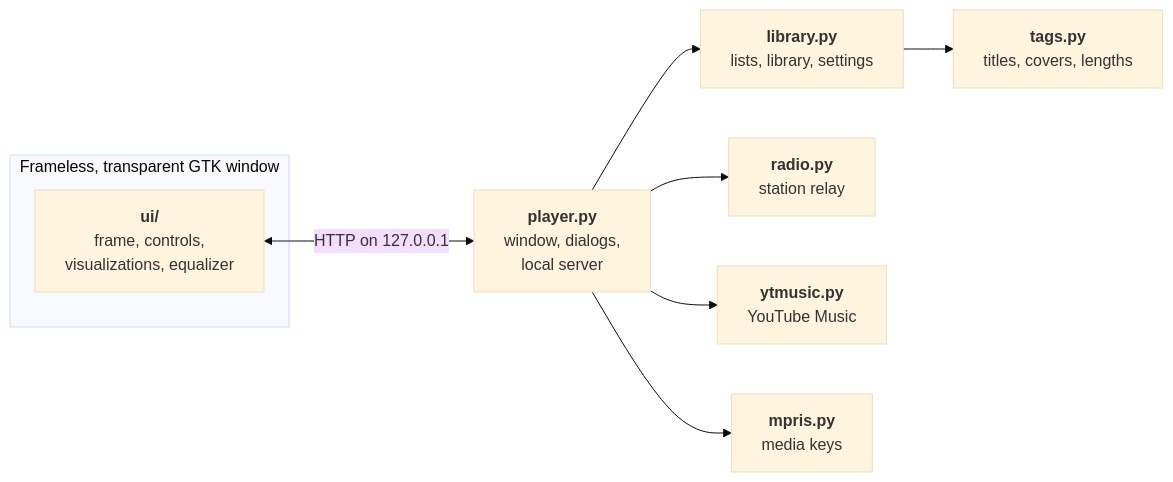
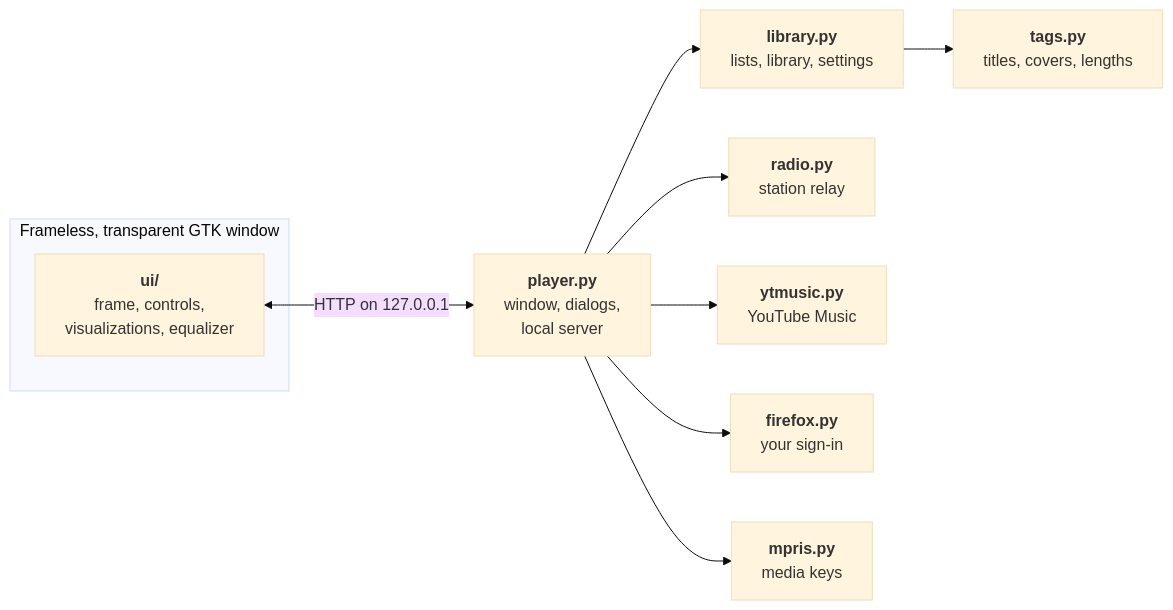
Before and after one commit to NahuelGenchi/ocean-mist: the first of 2 diagrams in README.md, drawn with Mermaid (base theme). The commit also changed other lines of this file and 7 other files, not shown here.

First line of the commit message:
feat: sign in to YouTube Music through Firefox (#14)

````diff
--- a/README.md
+++ b/README.md
@@ -216,17 +244,19 @@
 ```mermaid
 flowchart LR
     subgraph window["Frameless, transparent GTK window"]
         page["<b>ui/</b><br/>frame, controls,<br/>visualizations, equalizer"]
     end
     host["<b>player.py</b><br/>window, dialogs,<br/>local server"]
     library["<b>library.py</b><br/>lists, library, settings"]
     tags["<b>tags.py</b><br/>titles, covers, lengths"]
     radio["<b>radio.py</b><br/>station relay"]
     ytmusic["<b>ytmusic.py</b><br/>YouTube Music"]
+    firefox["<b>firefox.py</b><br/>your sign-in"]
     mpris["<b>mpris.py</b><br/>media keys"]
     page <-->|"HTTP on 127.0.0.1"| host
     host --> library --> tags
     host --> radio
     host --> ytmusic
+    host --> firefox
     host --> mpris
 ```
````
